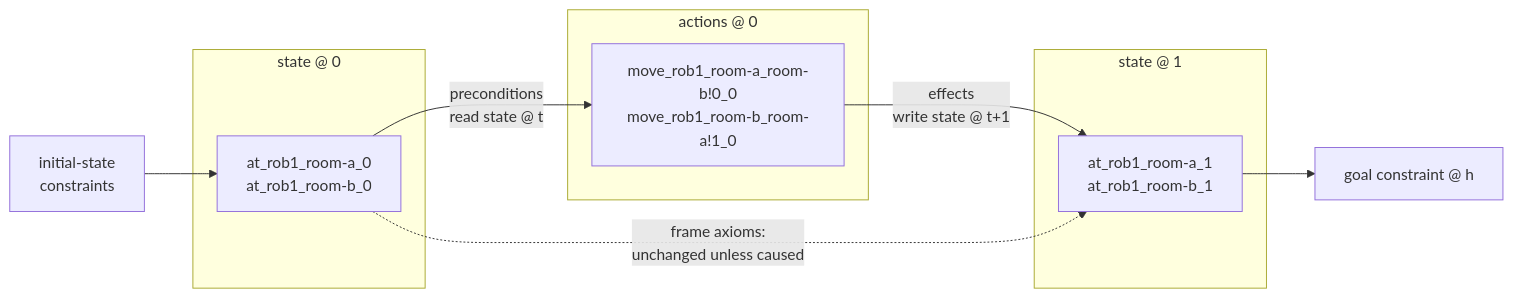
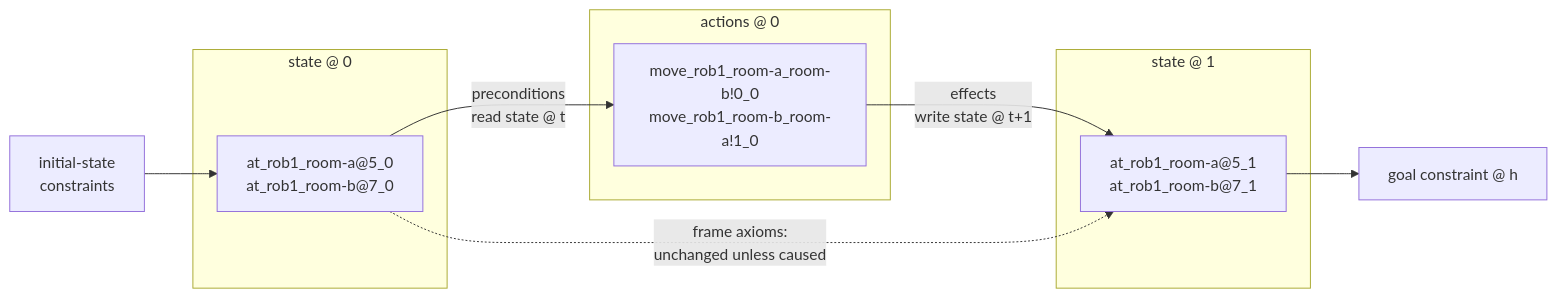
The diagram in developer-docs/the-encoding.md (pyPMT/RanTanPlan), drawn with Mermaid before and after one commit. The commit also changed other lines of this file and 11 other files, not shown here.

````diff
--- a/developer-docs/the-encoding.md
+++ b/developer-docs/the-encoding.md
@@ -26,17 +26,17 @@
 ```mermaid
 flowchart LR
     I["initial-state<br/>constraints"] --> F0
     subgraph s0["state @ 0"]
-        F0["at_rob1_room-a_0<br/>at_rob1_room-b_0"]
+        F0["at_rob1_room-a@5_0<br/>at_rob1_room-b@7_0"]
     end
     subgraph acts["actions @ 0"]
         A0["move_rob1_room-a_room-b!0_0<br/>move_rob1_room-b_room-a!1_0"]
     end
     subgraph s1["state @ 1"]
-        F1["at_rob1_room-a_1<br/>at_rob1_room-b_1"]
+        F1["at_rob1_room-a@5_1<br/>at_rob1_room-b@7_1"]
     end
     F0 -->|"preconditions<br/>read state @ t"| A0
     A0 -->|"effects<br/>write state @ t+1"| F1
     F0 -.->|"frame axioms:<br/>unchanged unless caused"| F1
     F1 --> G["goal constraint @ h"]
 ```
````
